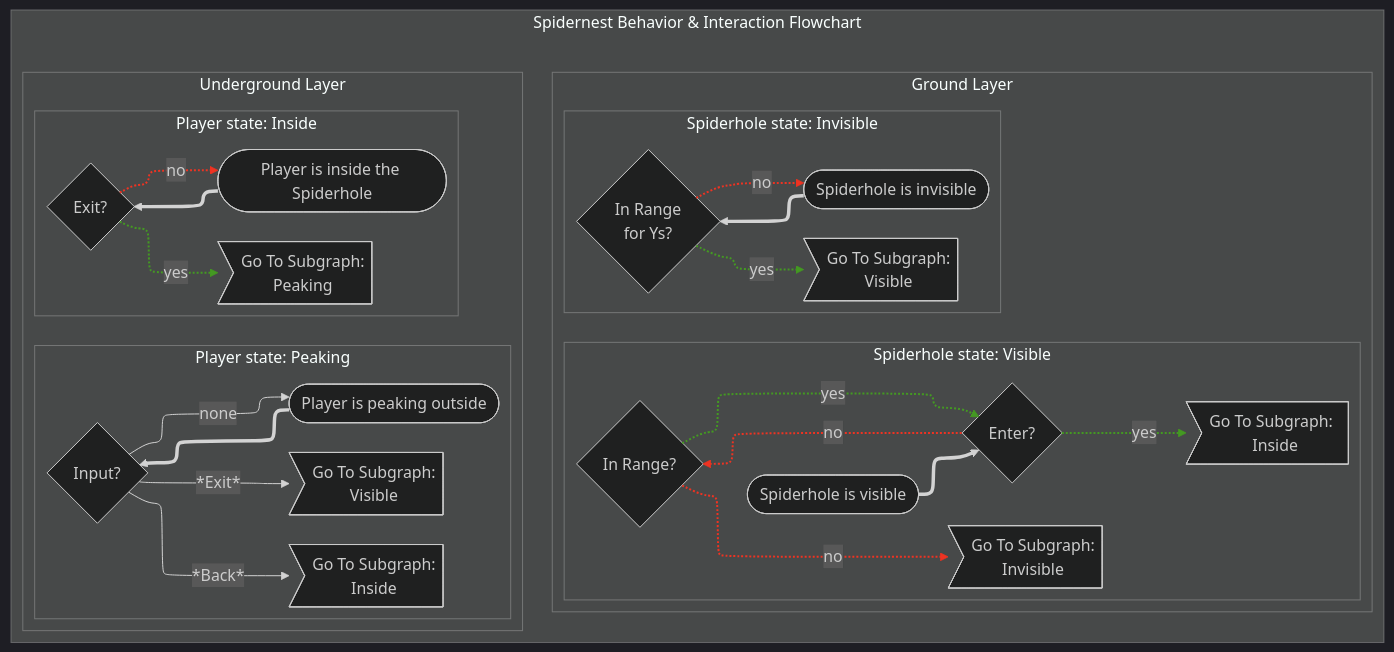
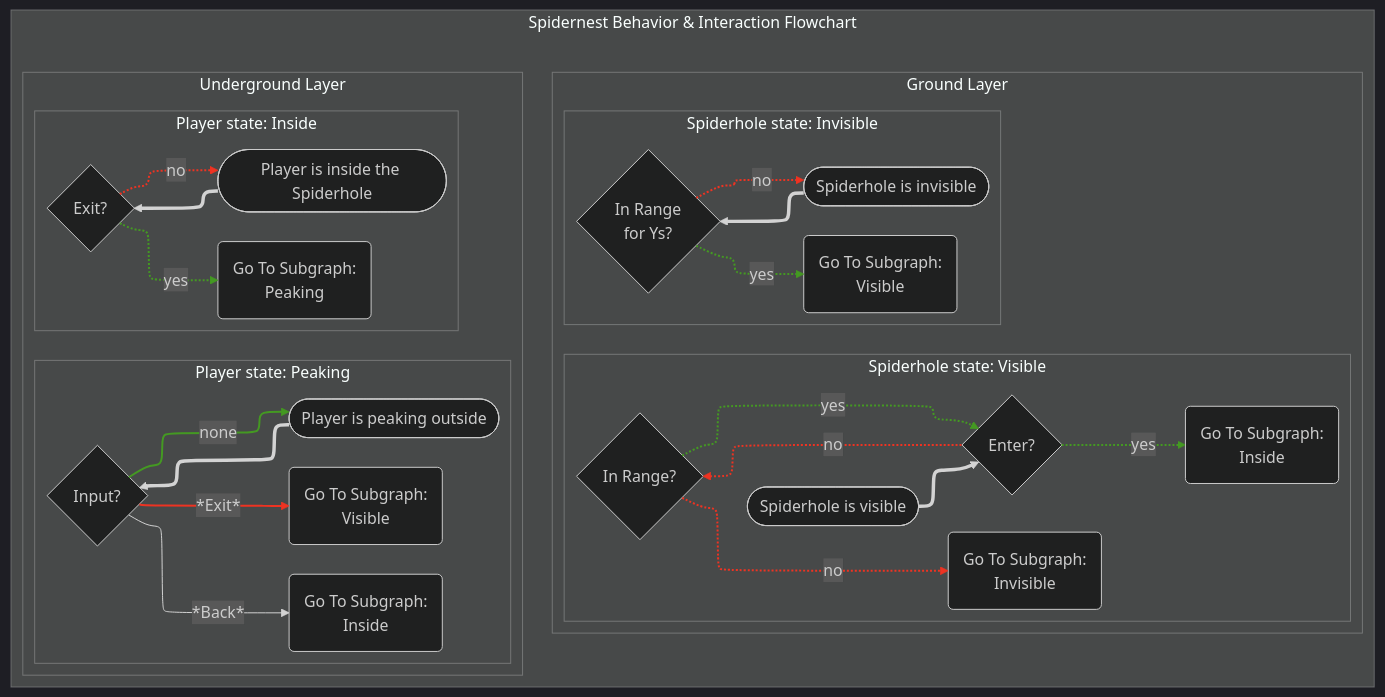
One commit to LucasShiota/my-digital-garden changed the diagram in src/site/notes/Immune Defense/Buildings/Dynamic Buildings/Spider Hole Specs.md. Above: the diagram before and after it, drawn with Mermaid. The commit also changed other lines of this file, not shown here.

Commit message:
Published multiple files

````diff
--- a/src/site/notes/Immune Defense/Buildings/Dynamic Buildings/Spider Hole Specs.md
+++ b/src/site/notes/Immune Defense/Buildings/Dynamic Buildings/Spider Hole Specs.md
@@ -77,130 +77,56 @@
 ```mermaid
 ---
 config:
-    theme: dark
-    flowchart:
-        defaultRenderer: elk
-        nodeSpacing: 50
-        rankSpacing: 80
-    elk:
-        nodePlacementStrategy: LINEAR_SEGMENTS
-        cycleBreakingStrategy: GREEDY
+  theme: dark
+  layout: elk
+  flowchart:
+    defaultRenderer: elk
+    nodeSpacing: 50
+    rankSpacing: 50
+  elk:
+    nodePlacementStrategy: LINEAR_SEGMENTS
 ---
+flowchart LR
+    subgraph chart [Spidernest Behavior & Interaction Flowchart]
+        direction LR
+        subgraph under [Underground Layer]
+            direction LR
+            subgraph stateinside [Player state: Inside]
+                direction LR
+                inside([Player is inside the Spiderhole]) ==> exit{Exit?}
+                exit -. yes .-> under-to-peak(Go To Subgraph: <br/> Peaking)
+                exit -. no .-> inside
+            end
 
-flowchart LR
-    %%{init: {"flowchart": {"defaultRenderer": "elk"}} }%%
+            subgraph statepeaking [Player state: Peaking]
+                direction LR
+                peaking([Player is peaking outside]) ==> input{Input?}
+                input -- none --> peaking
+                input -- *Exit* --> peaking-to-vis(Go To Subgraph: <br/> Visible)
+                input -- *Back* --> peaking-to-inside(Go To Subgraph: <br/> Inside)
+            end
+        end
 
+        subgraph stateground [Ground Layer]
+            direction LR
+            subgraph stateinvis [Spiderhole state: Invisible]
+                direction LR
+                invis([Spiderhole is invisible]) ==> hardCheck{In Range <br/> for Ys?}
+                hardCheck -. yes .-> invis-to-vis(Go To Subgraph: <br/> Visible)
+                hardCheck -. no .-> invis
+            end
+            
+            subgraph statevis [Spiderhole state: Visible]
+                direction LR
+                vis([Spiderhole is visible]) ==> enter{Enter?}
+                enter -. yes .-> vis-to-inside(Go To Subgraph: <br/> Inside)
+                enter -. no .-> softCheck{In Range?}
+                softCheck -. yes .-> enter
+                softCheck -. no .-> vis-to-invis(Go To Subgraph: <br/> Invisible)
+            end
+        end
+    end
 
-
-    subgraph chart[ Spidernest Behavior & Interaction Flowchart]
-
-        direction LR
-
-  
-
-        subgraph under[Underground Layer]
-
-            direction LR
-
-  
-
-            subgraph stateinside[Player state: Inside]
-
-                direction LR
-
-                inside([Player is inside the Spiderhole]) ==> exit{Exit?}
-
-  
-
-                exit -. yes .-> under-to-peak>Go To Subgraph: </br> Peaking]
-
-                exit -. no .-> inside
-
-            end
-
-  
-
-            subgraph statepeaking[Player state: Peaking]
-
-                direction LR
-
-  
-
-                peaking([Player is peaking outside]) ==> input{Input?}
-
-  
-
-                input -- none --> peaking
-
-                input -- *Exit* --> peaking-to-vis>Go To Subgraph: </br> Visible]
-
-                input -- *Back* --> peaking-to-inside>Go To Subgraph: </br> Inside]
-
-            end
-
-  
-
-        end
-
-  
-
-        subgraph stateground[Ground Layer]
-
-            direction LR
-
-  
-
-            subgraph stateinvis[Spiderhole state: Invisible]
-
-                direction LR
-
-  
-
-                invis([Spiderhole is invisible]) ==> hardCheck{In Range </br> for Ys?}
-
-  
-
-                hardCheck -. yes .-> invis-to-vis>Go To Subgraph: </br> Visible]
-
-                hardCheck -. no .-> invis
-
-            end
-
-  
-
-            subgraph statevis[Spiderhole state: Visible]
-
-                direction LR
-
-                vis([Spiderhole is visible]) ==> enter{Enter?}
-
-  
-
-                enter -. yes .-> vis-to-inside>Go To Subgraph:  </br>Inside]
-
-                enter -. no .-> softCheck{In Range?}
-
-  
-
-                softCheck -. yes .-> enter
-
-                softCheck -. no .-> vis-to-invis>Go To Subgraph: </br> Invisible]
-
-            end
-
-  
-
-        end
-
-    end
-
-  
-
-%% Yes
-
-linkStyle 1,8,11,13 stroke:#492,stroke-width:2px;
-
-%% No %%
-
-linkStyle 2,9,12,14 stroke:#e32,stroke-width:2px;
+linkStyle 1,4,8,11,13 stroke:#492,stroke-width:2px;
+linkStyle 2,5,9,12,14 stroke:#e32,stroke-width:2px;
 ```
````
